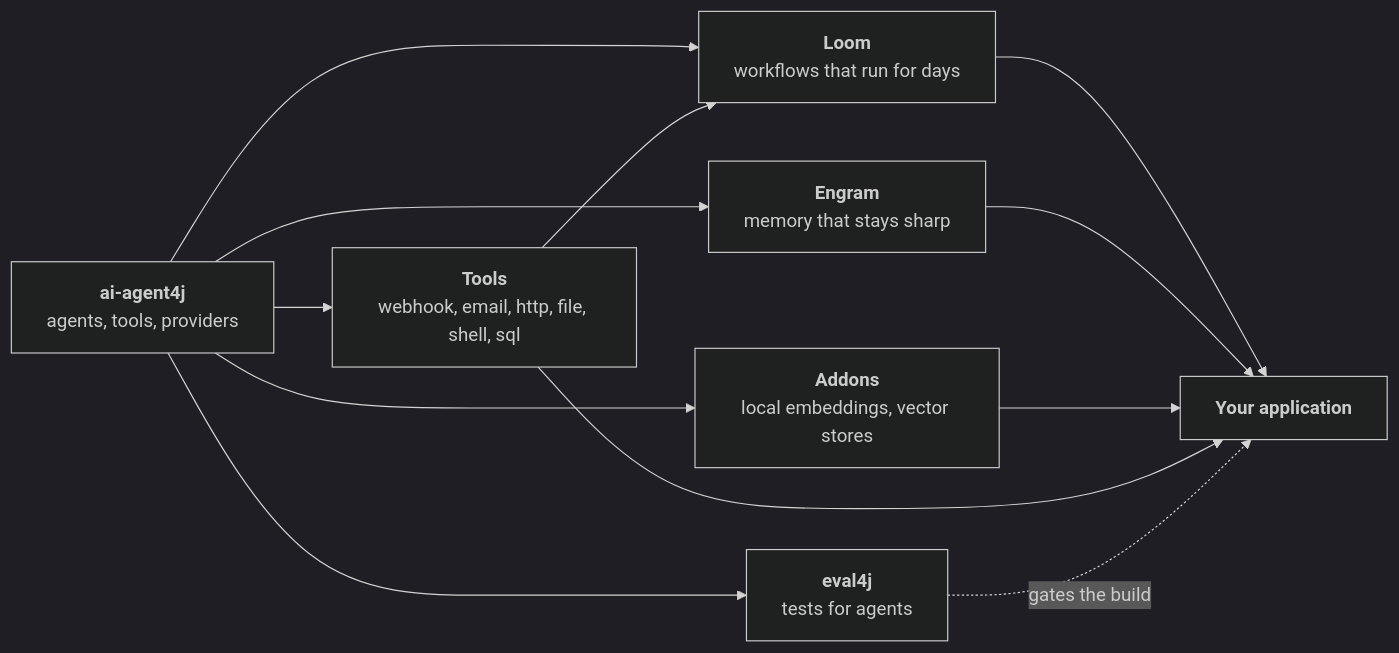
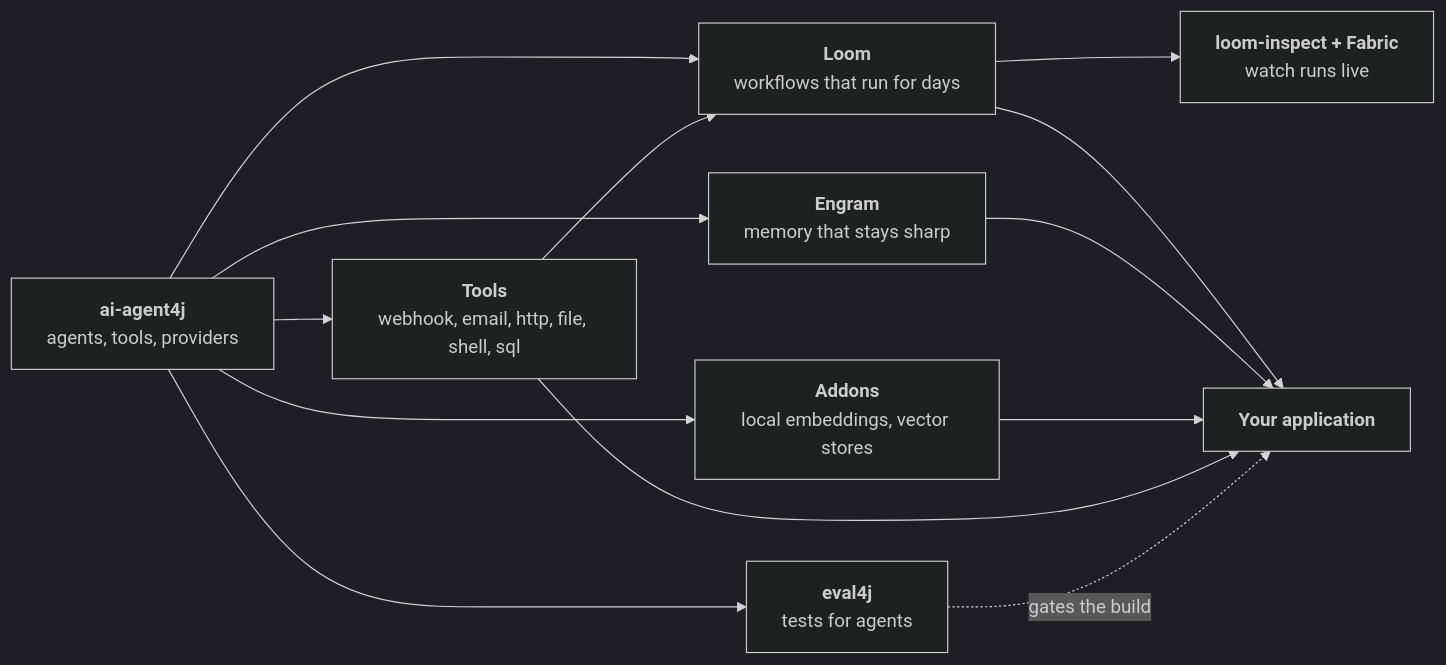
One commit to srijithunni7182/llm4j changed the diagram in docs/THE_STACK.md. Above: the diagram before and after it, drawn with Mermaid (dark theme). The commit also changed other lines of this file and 13 other files, not shown here.

````diff
--- a/docs/THE_STACK.md
+++ b/docs/THE_STACK.md
@@ -8,14 +8,15 @@
 ```mermaid
 flowchart LR
     A["<b>ai-agent4j</b><br/>agents, tools, providers"] --> L["<b>Loom</b><br/>workflows that run for days"]
     A --> E["<b>Engram</b><br/>memory that stays sharp"]
     A --> X["<b>Addons</b><br/>local embeddings, vector stores"]
     A --> T["<b>Tools</b><br/>webhook, email, http, file, shell, sql"]
     A --> V["<b>eval4j</b><br/>tests for agents"]
+    L --> I["<b>loom-inspect + Fabric</b><br/>watch runs live"]
     L --> G["<b>Your application</b>"]
     E --> G
     X --> G
     T --> G
     T --> L
     V -.->|gates the build| G
 ```
````
